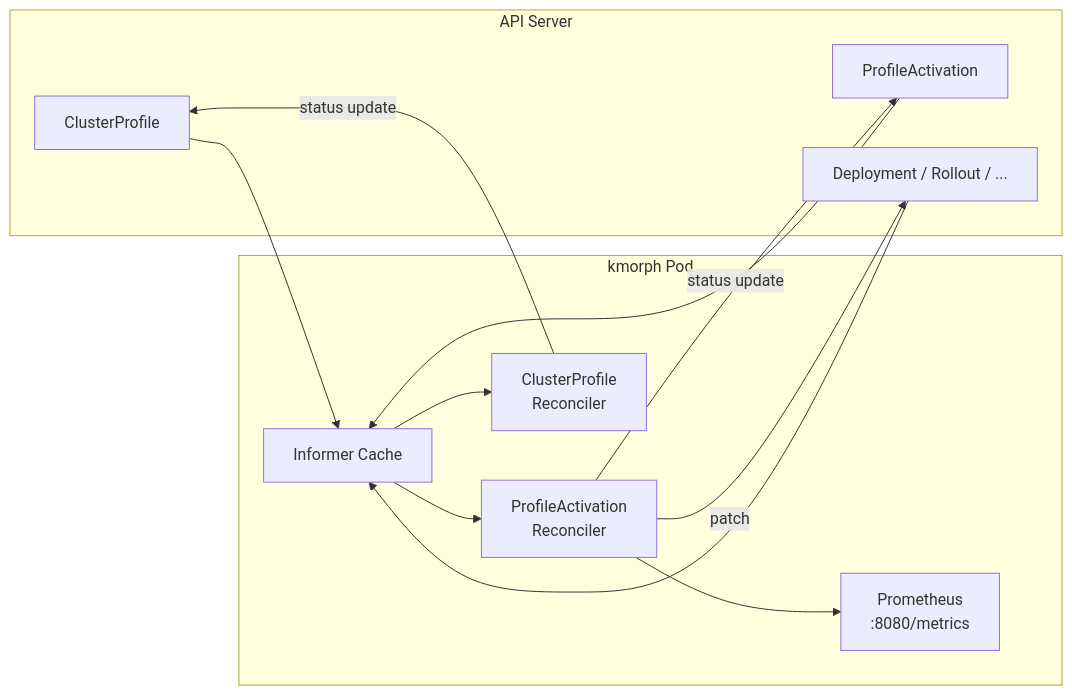
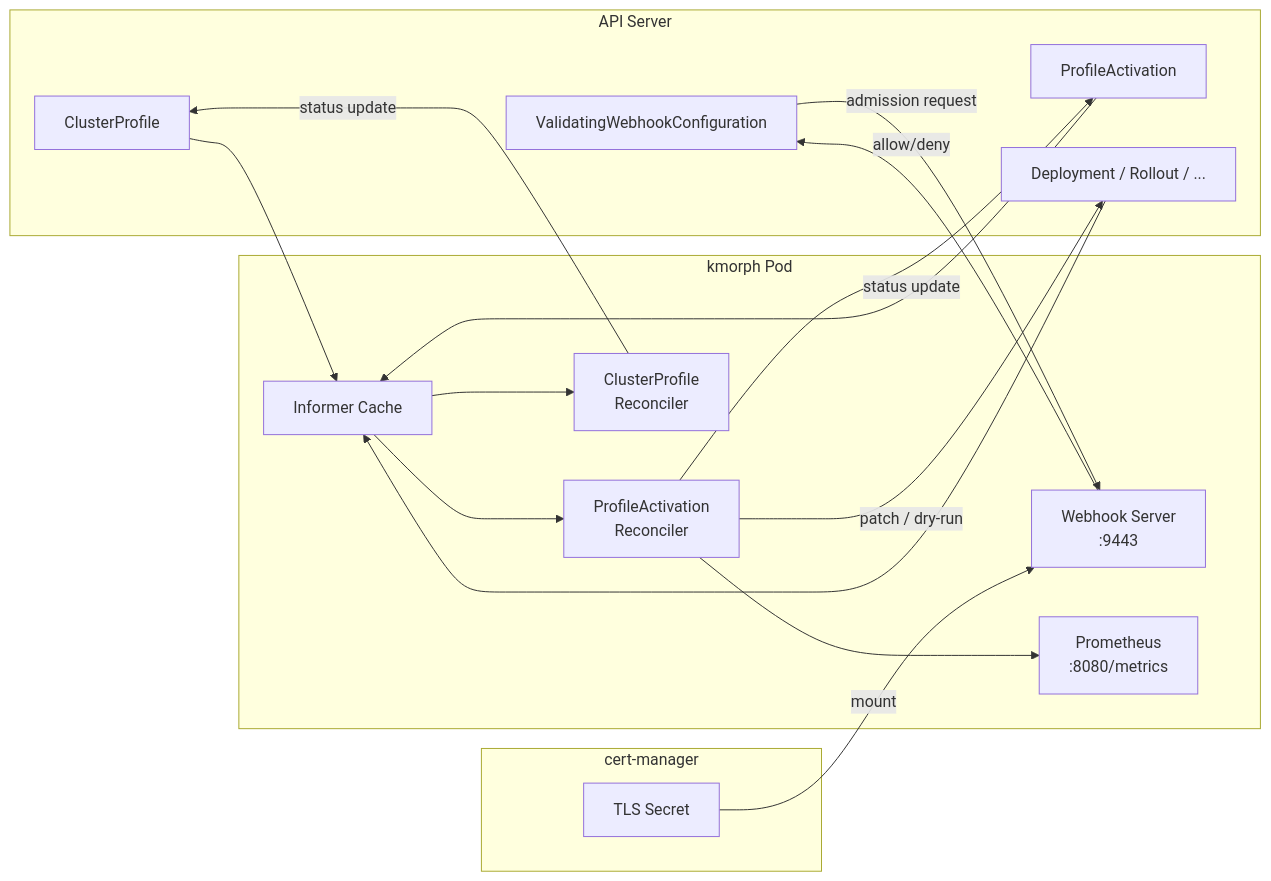
The sixth of 7 diagrams in docs/architecture.md (n0rm4l-me/kmorph), drawn with Mermaid before and after one commit. The commit also changed other lines of this file and 2 other files, not shown here.

First line of the commit message:
docs: update architecture, activations, getting-started with dry-run and webhooks

````diff
--- a/docs/architecture.md
+++ b/docs/architecture.md
@@ -140,28 +160,38 @@
 ```mermaid
 graph LR
     subgraph API Server
         CP_API[ClusterProfile]
         PA_API[ProfileActivation]
         Dep[Deployment / Rollout / ...]
+        VWC[ValidatingWebhookConfiguration]
     end
 
     subgraph kmorph Pod
         Cache[Informer Cache]
         PAR[ProfileActivation<br/>Reconciler]
         CPR[ClusterProfile<br/>Reconciler]
+        WHS[Webhook Server<br/>:9443]
         Metrics[Prometheus<br/>:8080/metrics]
+    end
+
+    subgraph cert-manager
+        TLS[TLS Secret]
     end
 
     CP_API --> Cache
     PA_API --> Cache
     Dep --> Cache
 
     Cache --> PAR
     Cache --> CPR
 
-    PAR -->|patch| Dep
+    PAR -->|patch / dry-run| Dep
     PAR -->|status update| PA_API
     CPR -->|status update| CP_API
 
     PAR --> Metrics
+
+    VWC -->|admission request| WHS
+    TLS -->|mount| WHS
+    WHS -->|allow/deny| VWC
 ```
````
